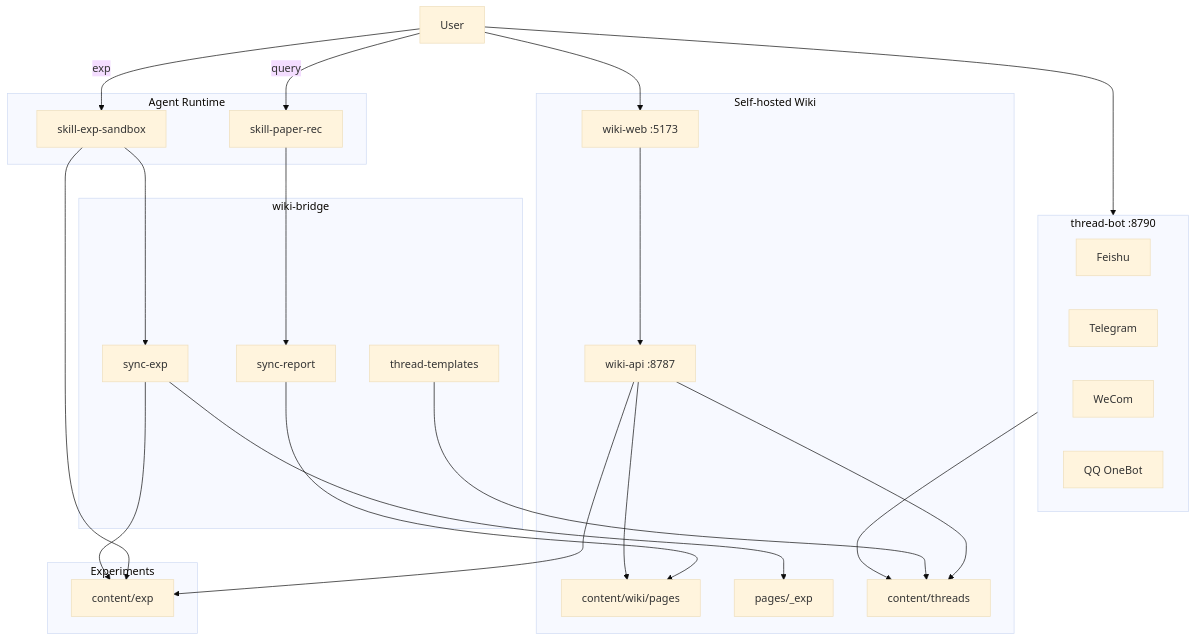
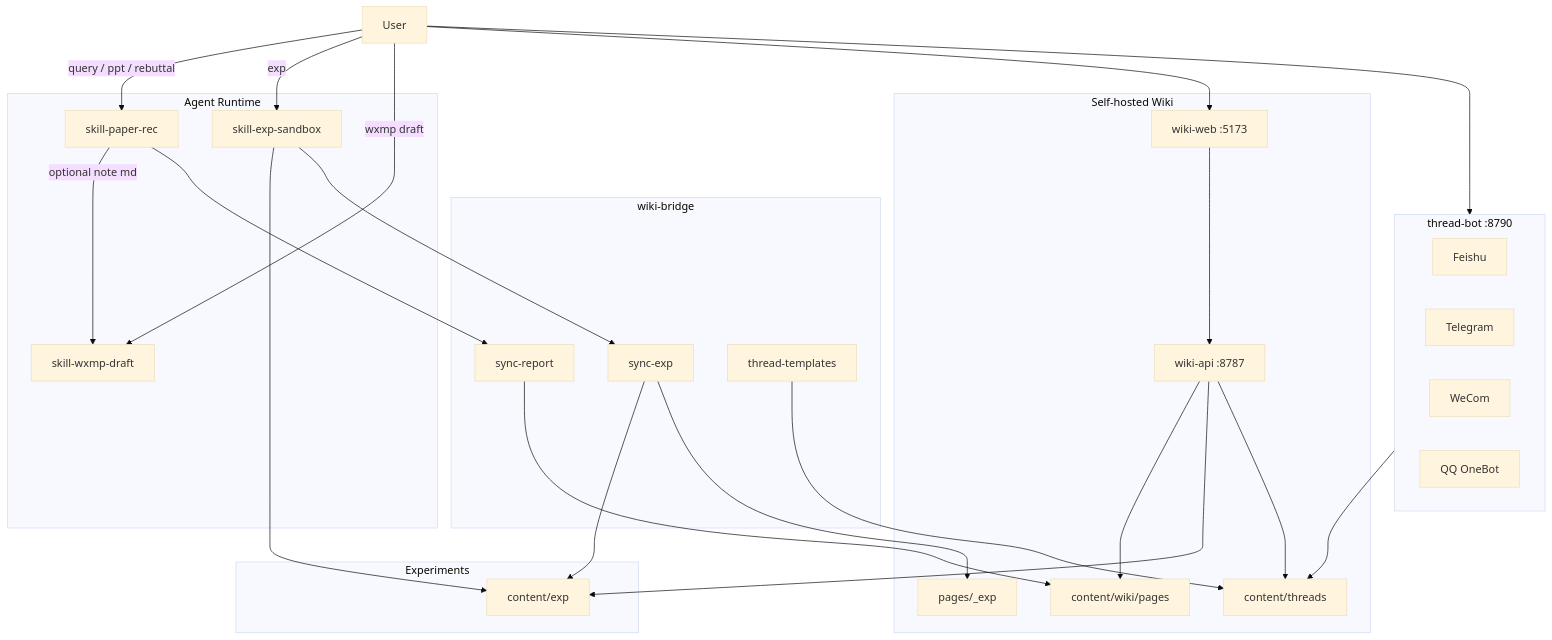
The diagram in docs/ARCHITECTURE.md (QinHsiu/Paper_Rec_Skill), drawn with Mermaid (base theme) before and after one commit. The commit also changed other lines of this file and 32 other files, not shown here.

First line of the commit message:
feat: add skill-wxmp WeChat draft publisher with editorial gates

````diff
--- a/docs/ARCHITECTURE.md
+++ b/docs/ARCHITECTURE.md
@@ -5,42 +5,45 @@
 ```mermaid
 flowchart TB
   subgraph agent [Agent Runtime]
     Skill[skill-paper-rec]
     Exp[skill-exp-sandbox]
+    Wxmp[skill-wxmp-draft]
   end
   subgraph bridge [wiki-bridge]
     Sync[sync-report]
     SyncExp[sync-exp]
     Tpl[thread-templates]
   end
   subgraph wiki [Self-hosted Wiki]
     API[wiki-api :8787]
     Web[wiki-web :5173]
     MD[content/wiki/pages]
     ExpWiki[pages/_exp]
     Threads[content/threads]
   end
   subgraph bots [thread-bot :8790]
     Feishu[Feishu]
     TG[Telegram]
     WeCom[WeCom]
     QQ[QQ OneBot]
   end
   subgraph expstore [Experiments]
     EX[content/exp]
   end
-  User -->|query| Skill
+  User -->|query / ppt / rebuttal| Skill
   User -->|exp| Exp
+  User -->|wxmp draft| Wxmp
+  Skill -->|optional note md| Wxmp
   Skill --> Sync --> MD
   Exp --> EX
   Exp --> SyncExp
   SyncExp --> EX
   SyncExp --> ExpWiki
   User --> Web --> API
   API --> MD
   API --> EX
   API --> Threads
   Tpl --> Threads
   User --> bots
   bots --> Threads
 ```
````
